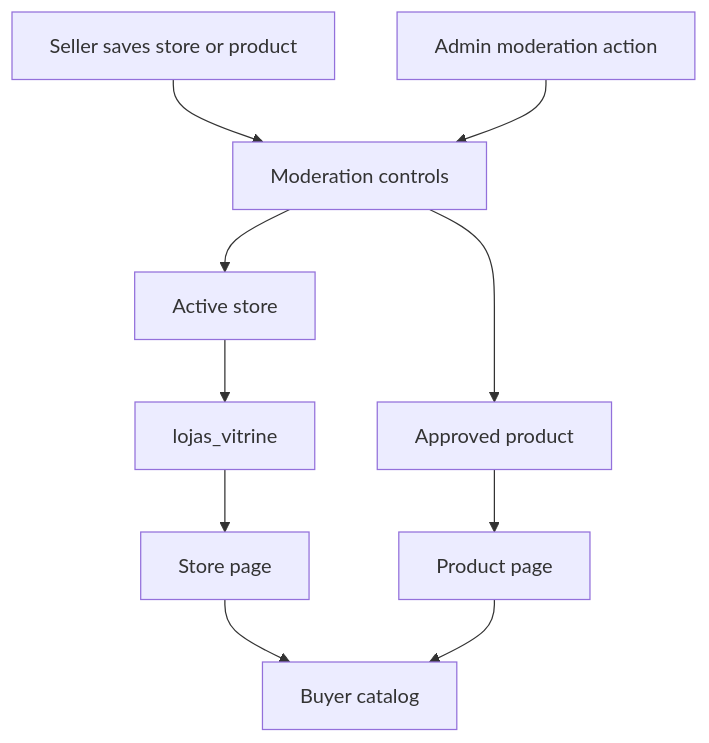
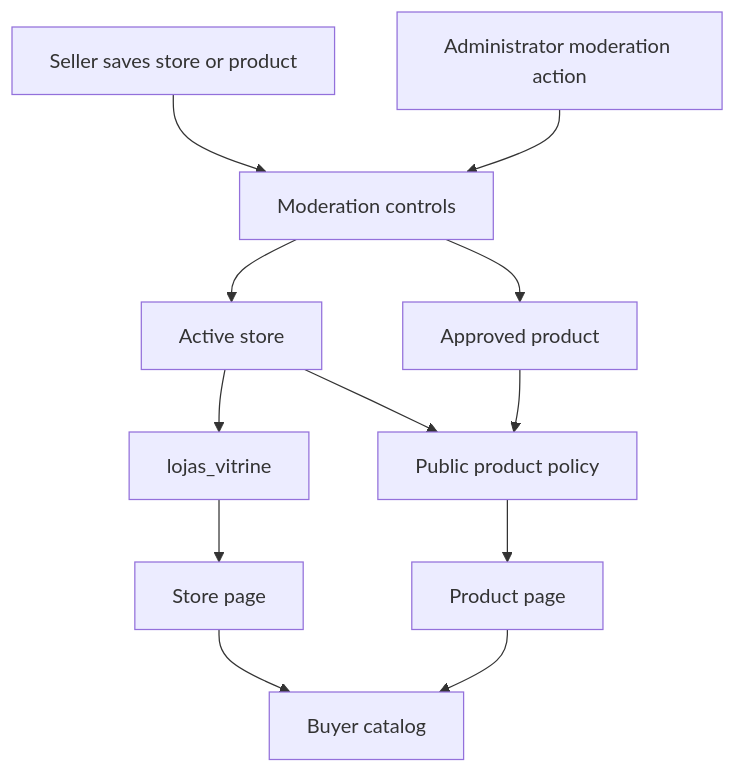
Before and after one commit to Schneider-Gr/industria24hIA: the first of 2 diagrams in openwiki/concepts/marketplace-catalog-and-roles.md, drawn with Mermaid. The commit also changed other lines of this file and 32 other files, not shown here.

````diff
--- a/openwiki/concepts/marketplace-catalog-and-roles.md
+++ b/openwiki/concepts/marketplace-catalog-and-roles.md
@@ -88,12 +93,14 @@
 ```mermaid
 flowchart TD
-  Seller["Seller saves store or product"] --> Gate["Moderation controls"]
-  Admin["Admin moderation action"] --> Gate
-  Gate --> Store["Active store"]
-  Gate --> Product["Approved product"]
-  Store --> View["lojas_vitrine"]
-  View --> StorePage["Store page"]
-  Product --> ProductPage["Product page"]
+  Seller["Seller saves store or product"] --> Moderation["Moderation controls"]
+  Admin["Administrator moderation action"] --> Moderation
+  Moderation --> ActiveStore["Active store"]
+  Moderation --> ApprovedProduct["Approved product"]
+  ActiveStore --> StoreView["lojas_vitrine"]
+  ActiveStore --> PublicGate["Public product policy"]
+  ApprovedProduct --> PublicGate
+  StoreView --> StorePage["Store page"]
+  PublicGate --> ProductPage["Product page"]
   StorePage --> Buyer["Buyer catalog"]
   ProductPage --> Buyer
 ```
````
